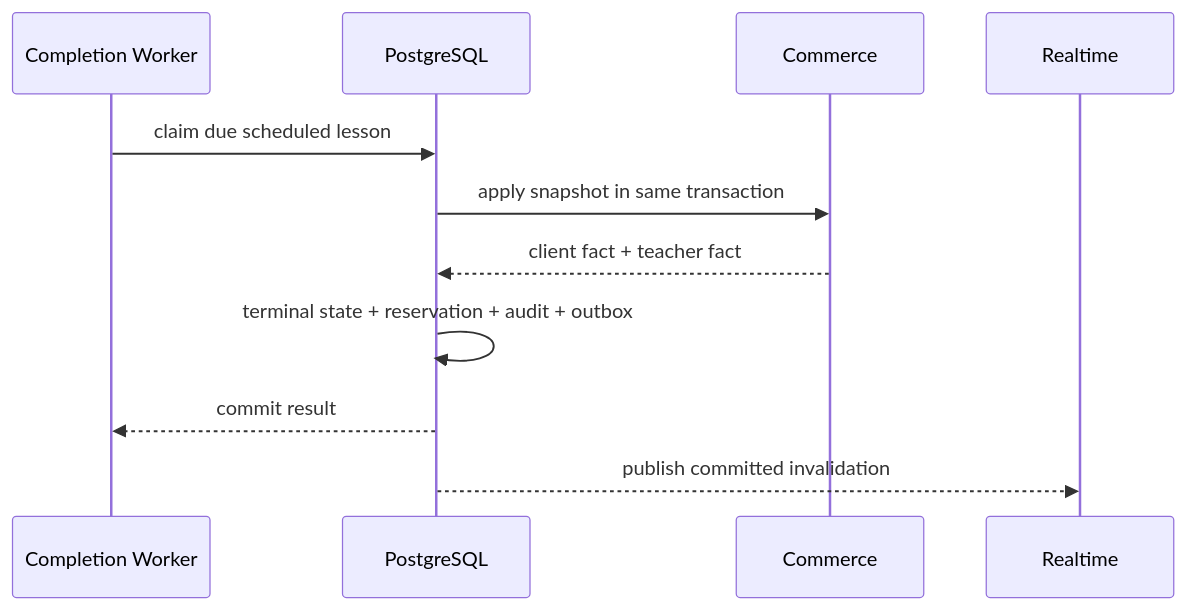
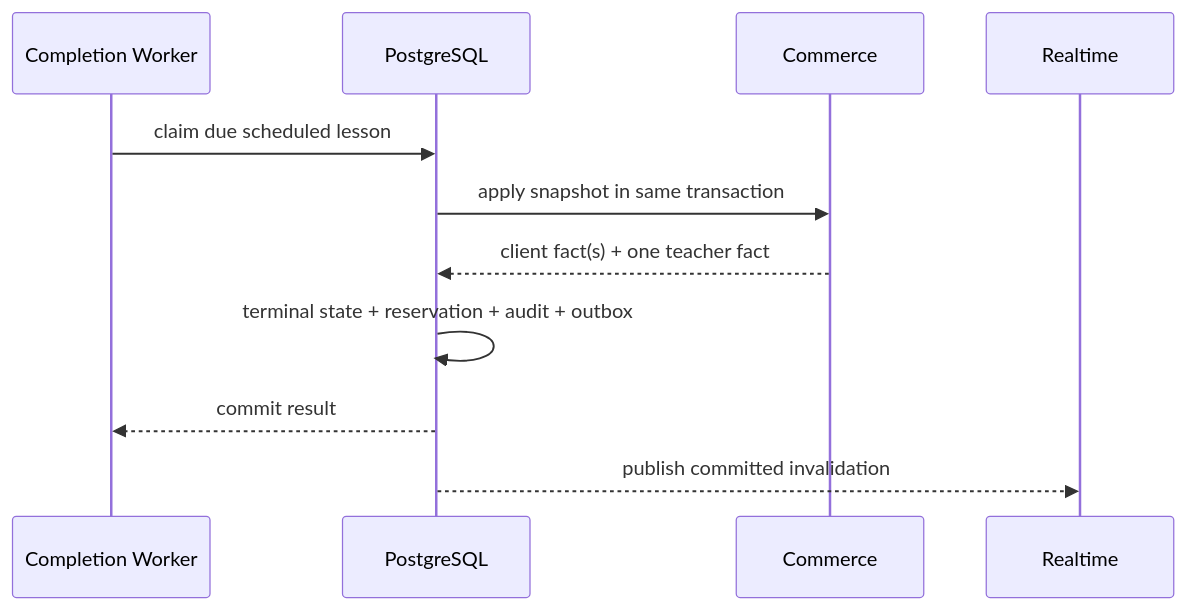
One commit to MagicMusicCRM/MagicMusicCRM changed the third of 3 diagrams in .anws/v4/04_SYSTEM_DESIGN/schedule_lifecycle.md. Above: the diagram before and after it, drawn with Mermaid. The commit also changed other lines of this file and 4 other files, not shown here.

````diff
--- a/.anws/v4/04_SYSTEM_DESIGN/schedule_lifecycle.md
+++ b/.anws/v4/04_SYSTEM_DESIGN/schedule_lifecycle.md
@@ -101,13 +104,13 @@
 ```mermaid
 sequenceDiagram
     participant W as Completion Worker
     participant DB as PostgreSQL
     participant C as Commerce
     participant RT as Realtime
     W->>DB: claim due scheduled lesson
     DB->>C: apply snapshot in same transaction
-    C-->>DB: client fact + teacher fact
+    C-->>DB: client fact(s) + one teacher fact
     DB->>DB: terminal state + reservation + audit + outbox
     DB-->>W: commit result
     DB-->>RT: publish committed invalidation
 ```
````
